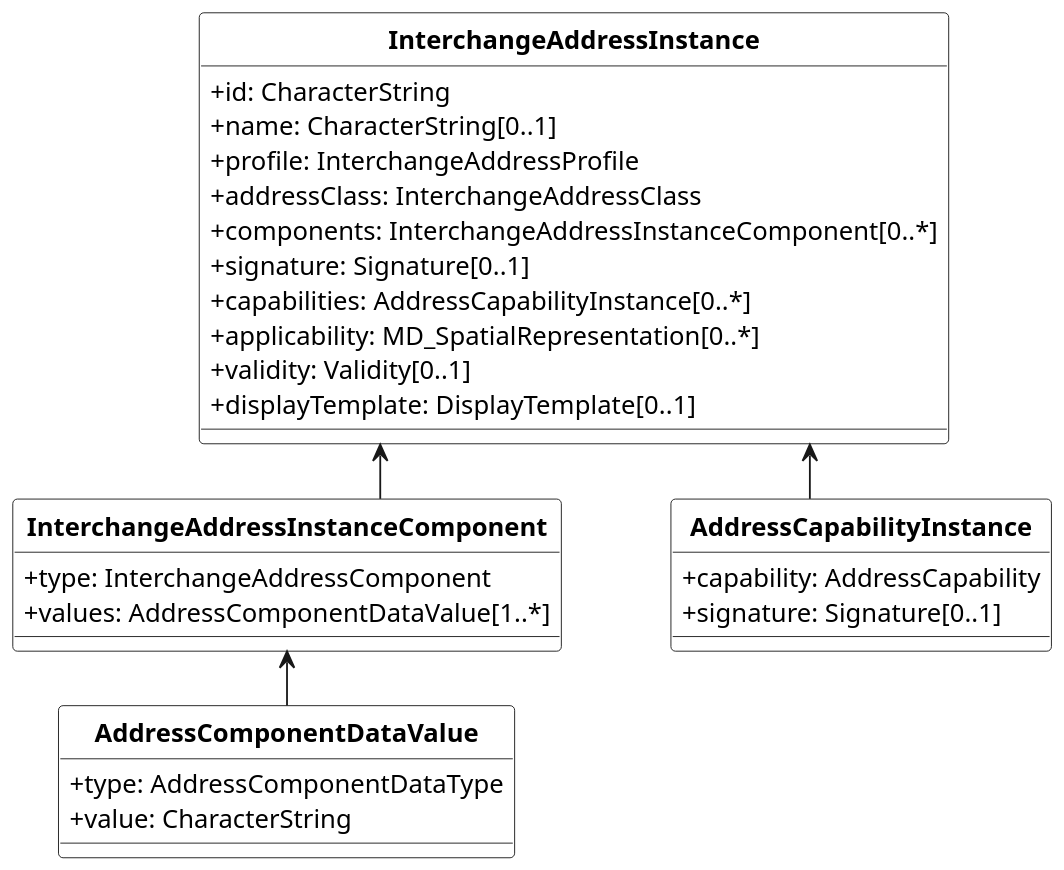
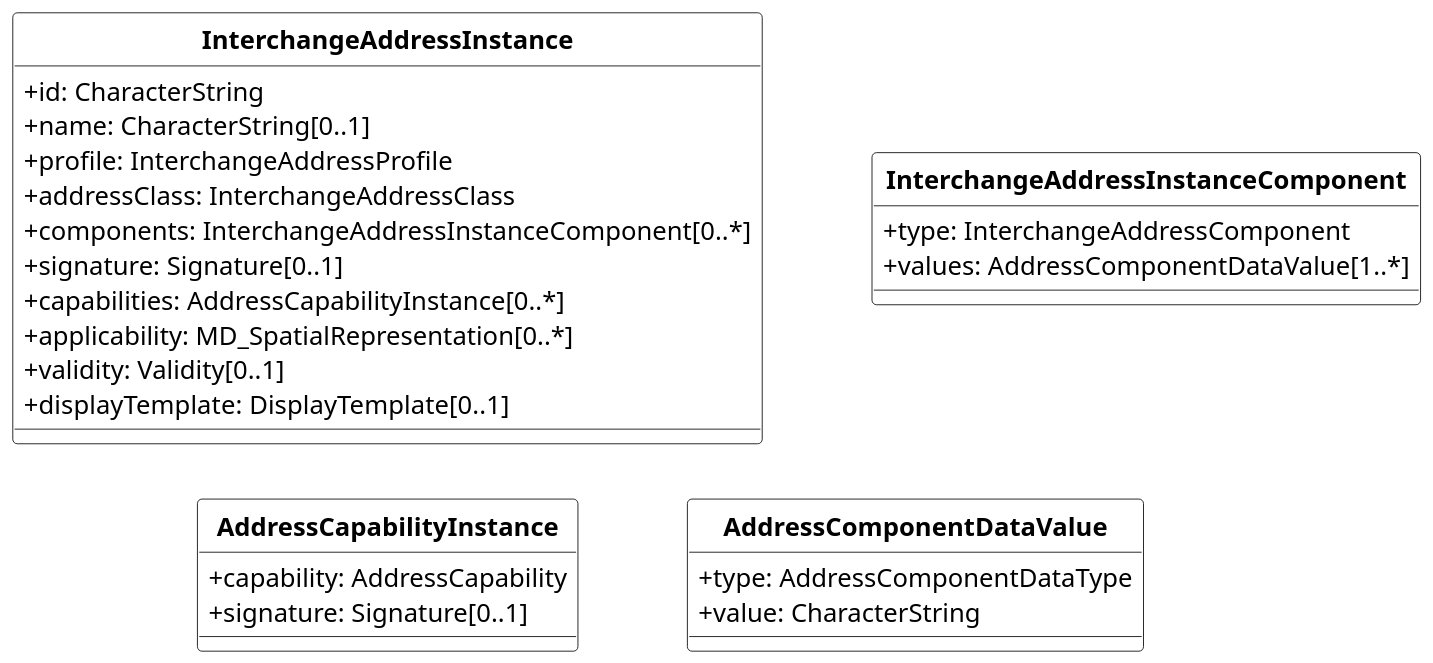
The diagram in models/AddressInstance.wsd (CalConnect/csd-digital-addresses), drawn with PlantUML before and after one commit. The commit also changed 6 other files, not shown here.

```diff
--- a/models/AddressInstance.wsd
+++ b/models/AddressInstance.wsd
@@ -1,87 +1,85 @@
 @startuml AddressInstance
 /'
 Diagram:        AddressInstance
 DateCreate:     03/05/2019
 Description:
 
 Hystory of changes:
 > DD/MM/YYYY
     -
     -
 '/
 
 '******* CONFIGURATION ************************************************
 skinparam classAttributeIconSize 0
 skinparam Dpi 150
 skinparam Monochrome true
 skinparam LineType ortho
 skinparam nodesep 60
 skinparam ranksep 30
 hide circle
 /' skinparam CircledCharacterRadius 0 '/
 /' skinparam CircledCharacterFontSize 0 '/
 skinparam Default {
 TextAlignment center
 FontName Helvetica
 }
 skinparam Class {
 AttributeIconSize 0
 BackgroundColor White
 FontStyle bold
 StereotypeFontSize 10
 }
 skinparam Rectangle {
 BackgroundColor White
 FontStyle bold
 FontSize 11
 StereotypeFontSize 10
 }
 skinparam Object {
 BackgroundColor White
 FontStyle bold
 FontSize 11
 StereotypeFontSize 10
 }
 
 skinparam Entity {
 StereotypeFontSize 10
 }
 
 '******* CLASS DEFINITION *********************************************
 class InterchangeAddressInstance {
     +id: CharacterString
     +name: CharacterString[0..1]
     +profile: InterchangeAddressProfile
     +addressClass: InterchangeAddressClass
     +components: InterchangeAddressInstanceComponent[0..*]
     +signature: Signature[0..1]
     +capabilities: AddressCapabilityInstance[0..*]
     +applicability: MD_SpatialRepresentation[0..*]
     +validity: Validity[0..1]
     +displayTemplate: DisplayTemplate[0..1]
 }
 
 class InterchangeAddressInstanceComponent{
     +type: InterchangeAddressComponent
     +values: AddressComponentDataValue[1..*]
 }
 
 class AddressCapabilityInstance{
     +capability: AddressCapability
     +signature: Signature[0..1]
 }
 
 class AddressComponentDataValue{
     +type: AddressComponentDataType
     +value: CharacterString
 }
 
 '******* NOTES ********************************************************
 
 
 '******* CLASS RELATIONS **********************************************
-InterchangeAddressInstance <-- InterchangeAddressInstanceComponent
-InterchangeAddressInstance <-- AddressCapabilityInstance
-AddressComponentDataValue -up-> InterchangeAddressInstanceComponent
+
 
 @enduml
```
